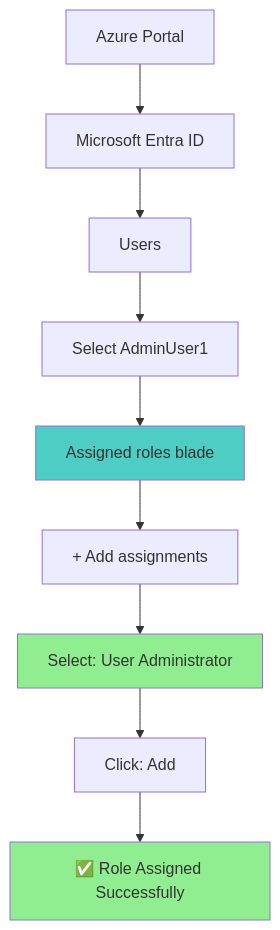
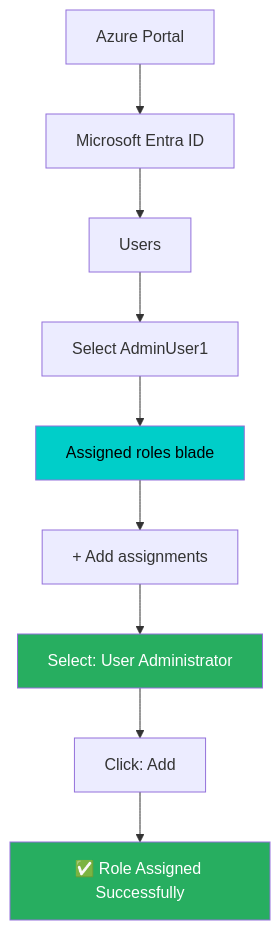
Before and after one commit to gurkanindibay/azure_learning: the third of 15 diagrams in architecture-azure/security/azure-roles-comprehensive-guide.md, drawn with Mermaid. The commit also changed other lines of this file and 7 other files, not shown here.

Commit message:
Add accessibility guidelines for diagrams and documentation

````diff
--- a/architecture-azure/security/azure-roles-comprehensive-guide.md
+++ b/architecture-azure/security/azure-roles-comprehensive-guide.md
@@ -254,15 +254,15 @@
 ```mermaid
 graph TD
     A[Azure Portal] --> B[Microsoft Entra ID]
     B --> C[Users]
     C --> D[Select AdminUser1]
     D --> E[Assigned roles blade]
     E --> F[+ Add assignments]
     F --> G[Select: User Administrator]
     G --> H[Click: Add]
     H --> I[✅ Role Assigned Successfully]
     
-    style E fill:#4ecdc4
-    style G fill:#90EE90
-    style I fill:#90EE90
+    style E fill:#00cec9,color:#000000
+    style G fill:#27ae60,color:#ffffff
+    style I fill:#27ae60,color:#ffffff
 ```
````
